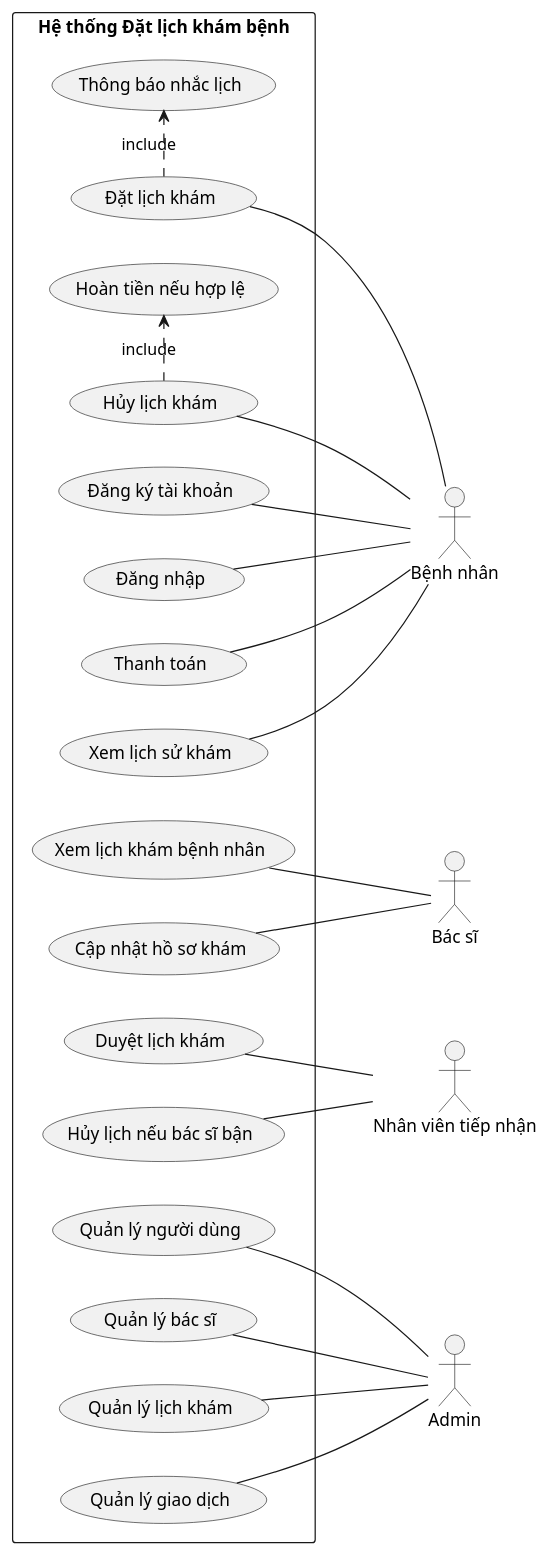
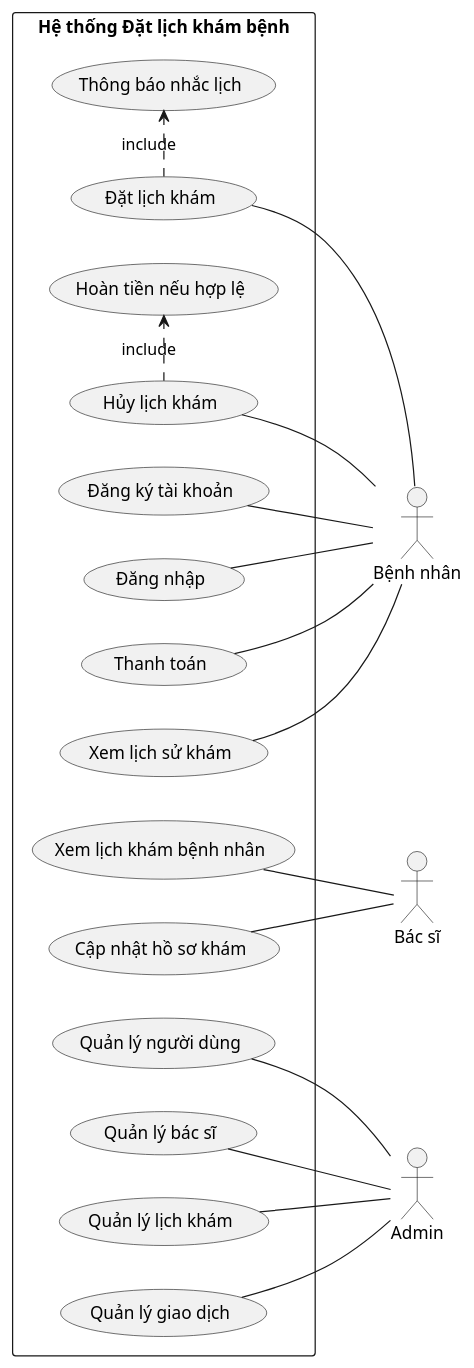
One commit to KhoaSinno/figma_HOMEX changed the diagram in Diagram_PlantUML/UsecaseDia/UsecaseDiagram.puml. Above: the diagram before and after it, drawn with PlantUML. The commit also changed 2 other files, not shown here.

```diff
--- a/Diagram_PlantUML/UsecaseDia/UsecaseDiagram.puml
+++ b/Diagram_PlantUML/UsecaseDia/UsecaseDiagram.puml
@@ -1,31 +1,27 @@
 @startuml
 left to right direction
 
 actor "Bệnh nhân" as Patient
 actor "Bác sĩ" as Doctor
-actor "Nhân viên tiếp nhận" as Receptionist
 actor "Admin" as Admin
 
 rectangle "Hệ thống Đặt lịch khám bệnh" {
     (Đăng ký tài khoản) -- Patient
     (Đăng nhập) -- Patient
     (Đặt lịch khám) -- Patient
     (Hủy lịch khám) -- Patient
     (Thanh toán) -- Patient
     (Xem lịch sử khám) -- Patient
     
     (Đặt lịch khám) .> (Thông báo nhắc lịch) : include
     (Hủy lịch khám) .> (Hoàn tiền nếu hợp lệ) : include
 
     (Xem lịch khám bệnh nhân) -- Doctor
     (Cập nhật hồ sơ khám) -- Doctor
     
-    (Duyệt lịch khám) -- Receptionist
-    (Hủy lịch nếu bác sĩ bận) -- Receptionist
-    
     (Quản lý người dùng) -- Admin
     (Quản lý bác sĩ) -- Admin
     (Quản lý lịch khám) -- Admin
     (Quản lý giao dịch) -- Admin
 }
 @enduml
```
